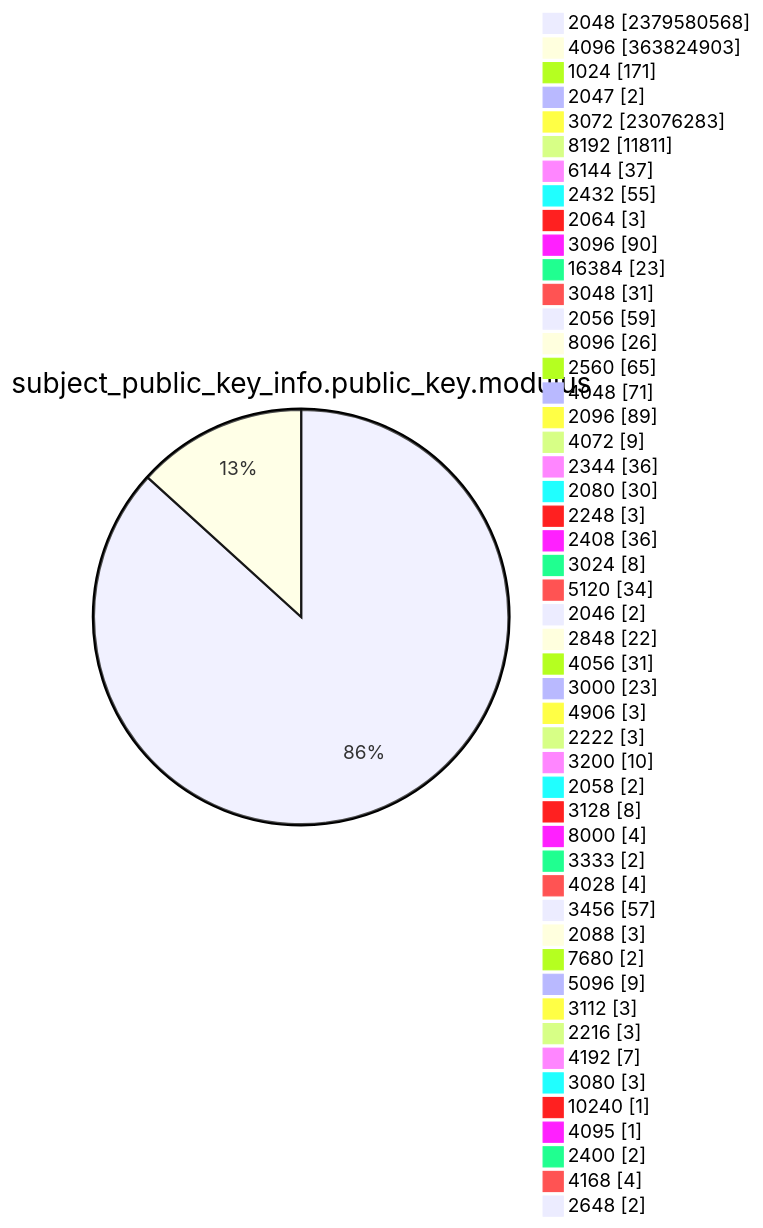
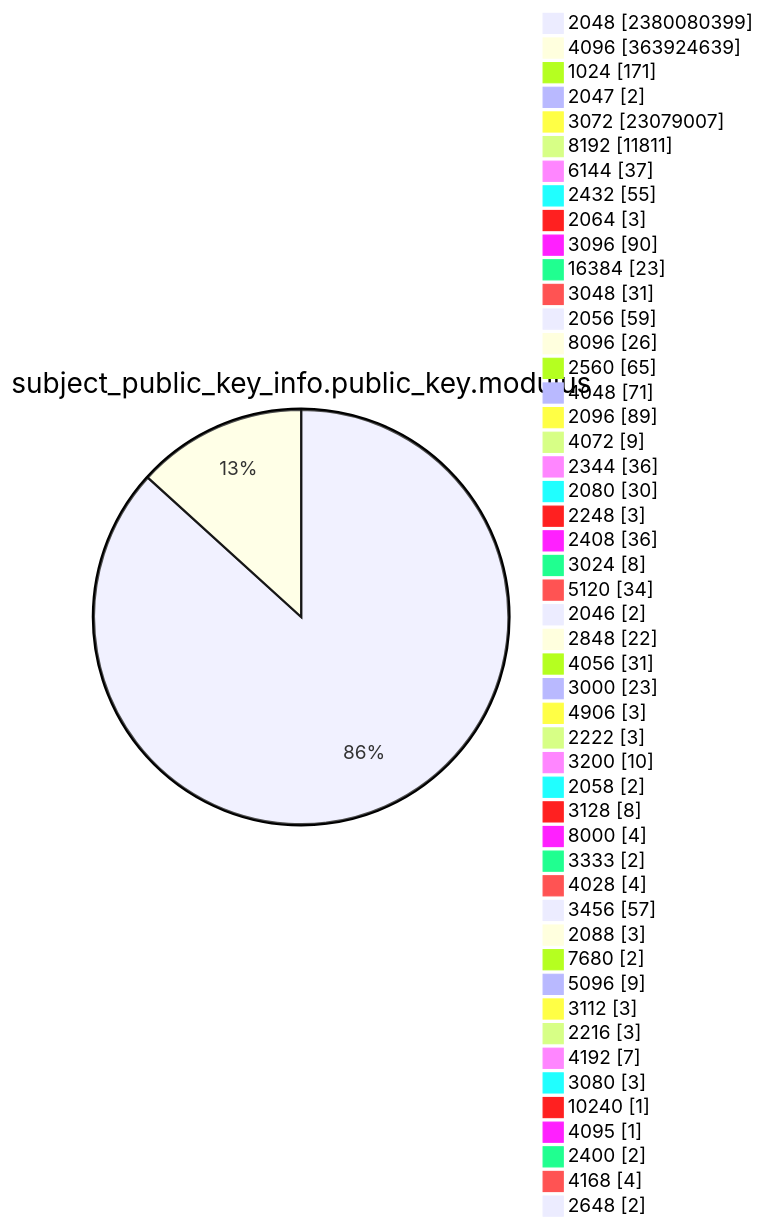
Before and after one commit to christiankrug/ctmonitor_visualization: diagram 13 of 15 in TOTAL/README.md, drawn with Mermaid. The commit also changed other lines of this file, not shown here.

````diff
--- a/TOTAL/README.md
+++ b/TOTAL/README.md
@@ -4167,53 +4167,53 @@
 ```mermaid
 pie showData
 title subject_public_key_info.public_key.modulus
-"2048" :2379580568
-"4096" :363824903
+"2048" :2380080399
+"4096" :363924639
 "1024" :171
 "2047" :2
-"3072" :23076283
+"3072" :23079007
 "8192" :11811
 "6144" :37
 "2432" :55
 "2064" :3
 "3096" :90
 "16384" :23
 "3048" :31
 "2056" :59
 "8096" :26
 "2560" :65
 "4048" :71
 "2096" :89
 "4072" :9
 "2344" :36
 "2080" :30
 "2248" :3
 "2408" :36
 "3024" :8
 "5120" :34
 "2046" :2
 "2848" :22
 "4056" :31
 "3000" :23
 "4906" :3
 "2222" :3
 "3200" :10
 "2058" :2
 "3128" :8
 "8000" :4
 "3333" :2
 "4028" :4
 "3456" :57
 "2088" :3
 "7680" :2
 "5096" :9
 "3112" :3
 "2216" :3
 "4192" :7
 "3080" :3
 "10240" :1
 "4095" :1
 "2400" :2
 "4168" :4
 "2648" :2
 ```
````
